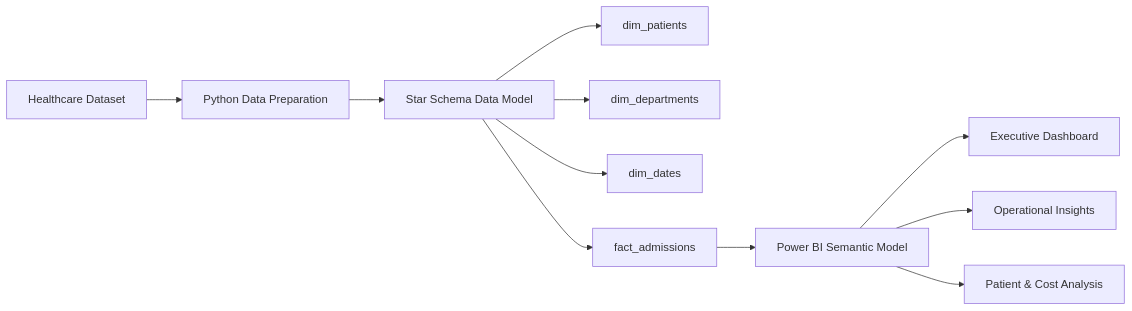
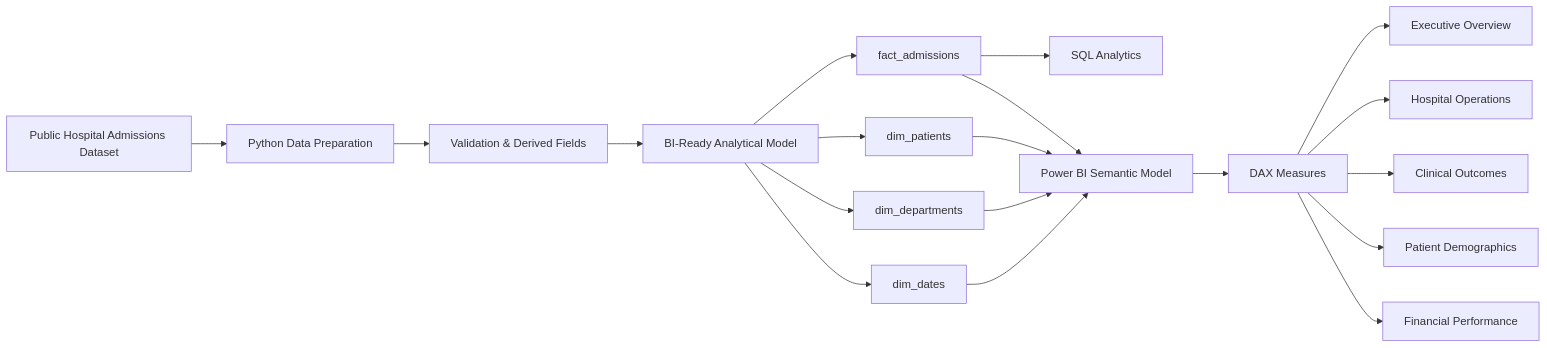
Before and after one commit to dmortalla/executive-healthcare-bi-system: the diagram in README.md, drawn with Mermaid. The commit also changed other lines of this file and 1 other file, not shown here.

Commit message:
docs: polish healthcare BI portfolio documentation

````diff
--- a/README.md
+++ b/README.md
@@ -55,17 +160,25 @@
 ```mermaid
 flowchart LR
 
-A[Healthcare Dataset] --> B[Python Data Preparation]
-B --> C[Star Schema Data Model]
+A[Public Hospital Admissions Dataset] --> B[Python Data Preparation]
+B --> C[Validation & Derived Fields]
+C --> D[BI-Ready Analytical Model]
 
-C --> D[dim_patients]
-C --> E[dim_departments]
-C --> F[dim_dates]
-C --> G[fact_admissions]
+D --> E[fact_admissions]
+D --> F[dim_patients]
+D --> G[dim_departments]
+D --> H[dim_dates]
 
-G --> H[Power BI Semantic Model]
+E --> I[SQL Analytics]
+E --> J[Power BI Semantic Model]
+F --> J
+G --> J
+H --> J
 
-H --> I[Executive Dashboard]
-H --> J[Operational Insights]
-H --> K[Patient & Cost Analysis]
+J --> K[DAX Measures]
+K --> L[Executive Overview]
+K --> M[Hospital Operations]
+K --> N[Clinical Outcomes]
+K --> O[Patient Demographics]
+K --> P[Financial Performance]
 ```
````
